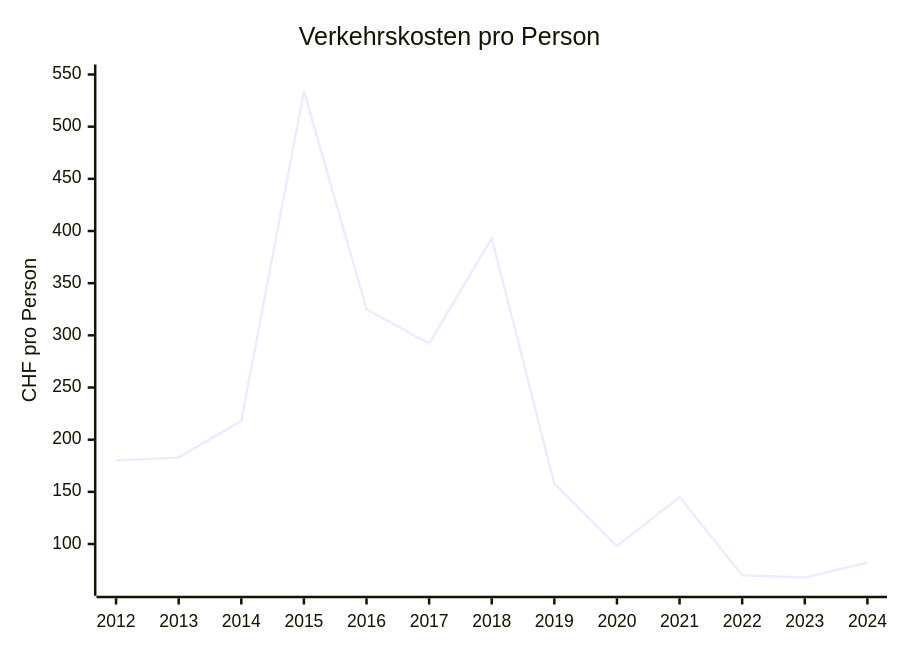
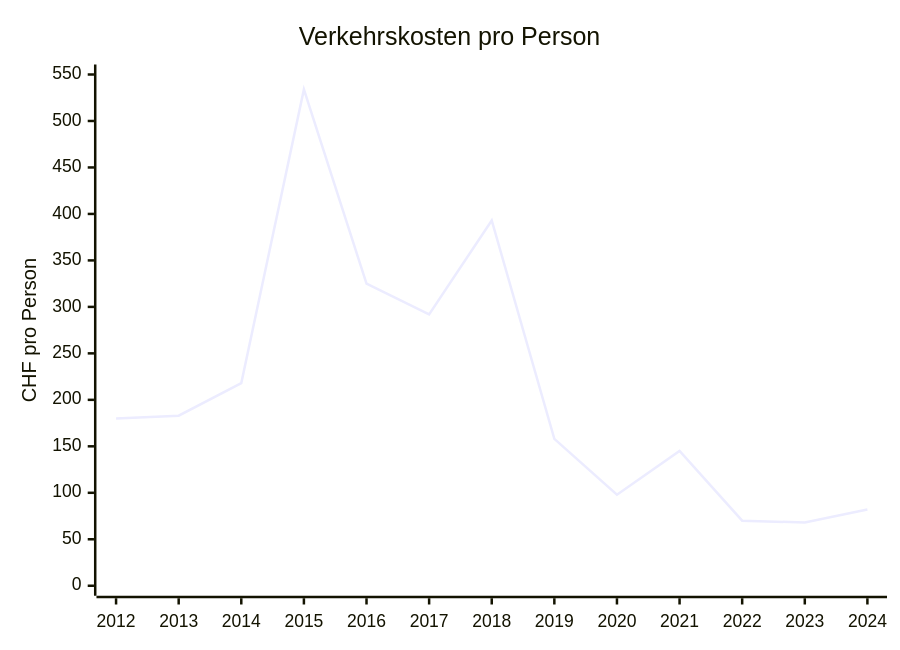
The seventh of 8 diagrams in docs/politics/finanzen-beringen.md (risajef/risajef.github.io), drawn with Mermaid before and after one commit. The commit also changed other lines of this file and 5 other files, not shown here.

````diff
--- a/docs/politics/finanzen-beringen.md
+++ b/docs/politics/finanzen-beringen.md
@@ -107,7 +107,7 @@
 ```mermaid
 xychart
 title "Verkehrskosten pro Person"
 x-axis [2012, 2013, 2014, 2015, 2016, 2017, 2018, 2019, 2020, 2021, 2022, 2023, 2024]
-y-axis "CHF pro Person" 60 --> 550
+y-axis "CHF pro Person" 0 --> 550
 line [180, 183, 218, 534, 325, 292, 393, 158, 98, 145, 70, 68, 82]
 ```
````
